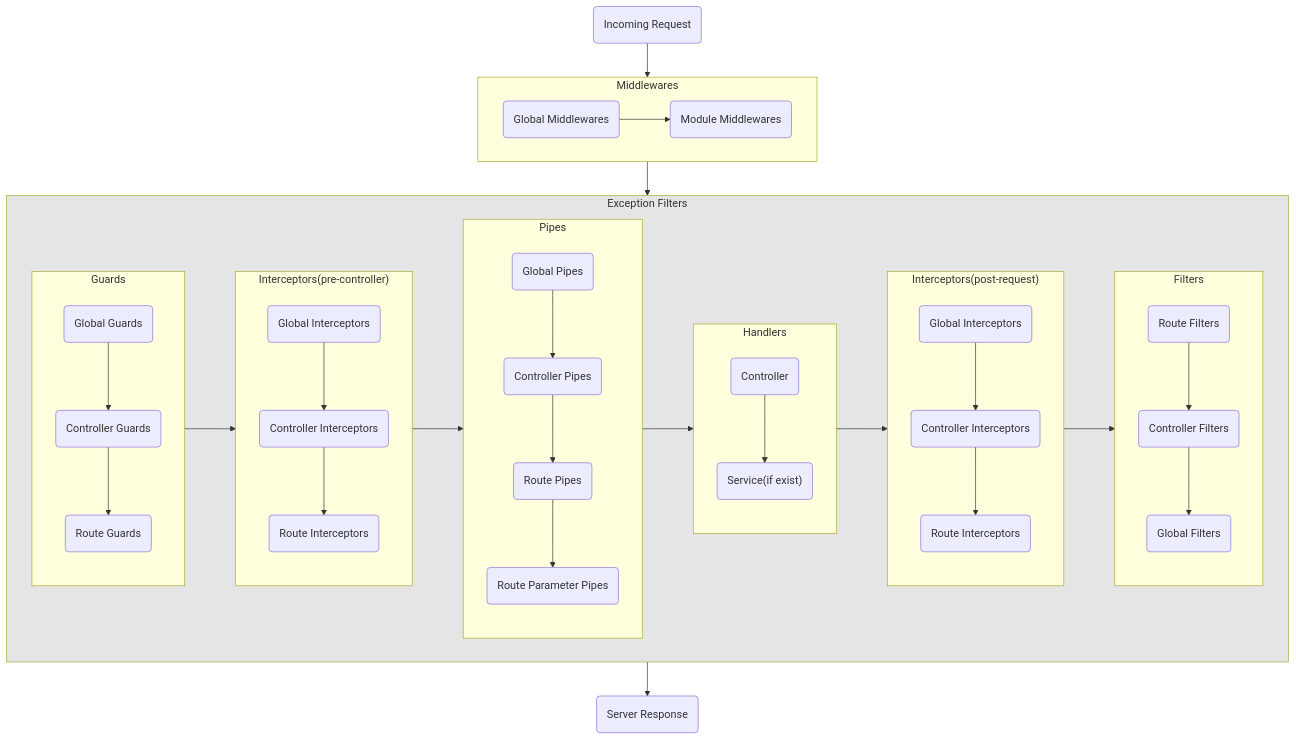
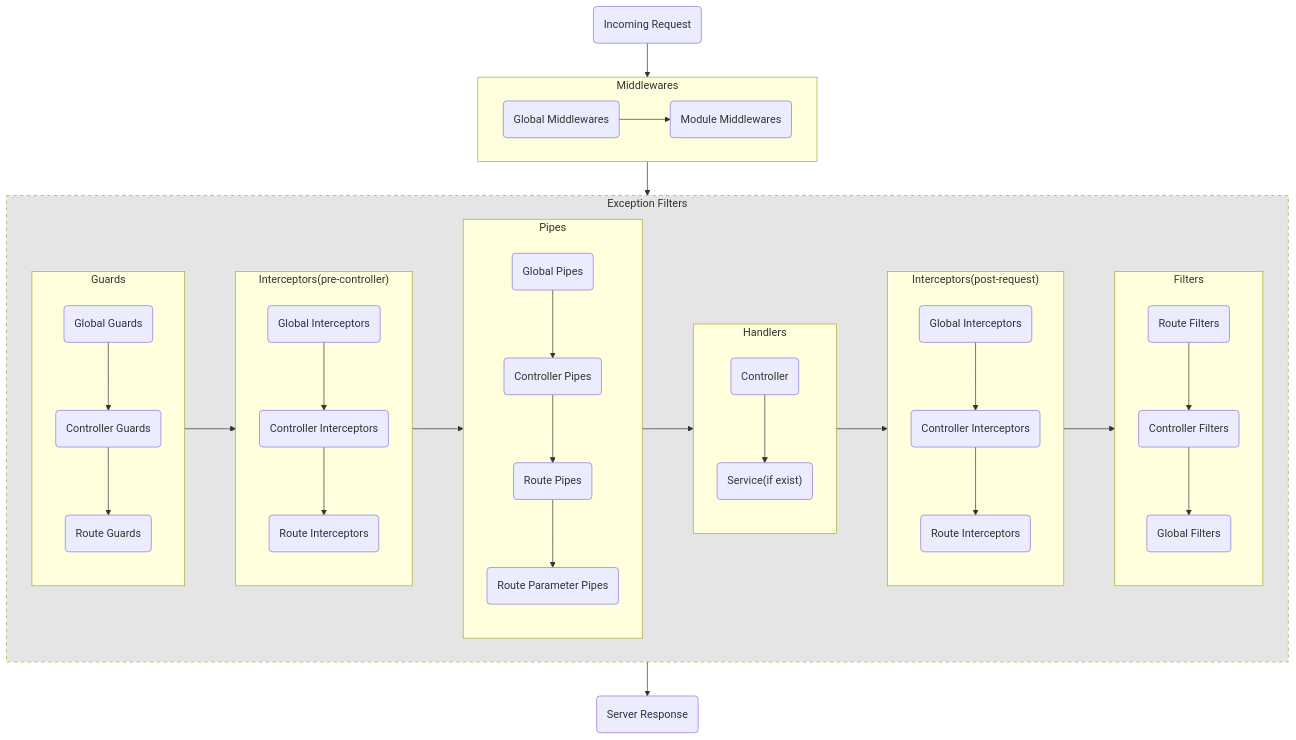
Before and after one commit to choewy/nestjs-logger-bolierplate: the diagram in README.md, drawn with Mermaid.

Commit message:
refactor/mermaid

````diff
--- a/README.md
+++ b/README.md
@@ -9,38 +9,37 @@
 ```mermaid
 graph TD
   subgraph Middlewares
     GlobalMiddlewares(Global Middlewares) --> ModuleMiddlewares(Module Middlewares)
   end
 
   subgraph ExceptionFilters["Exception Filters"]
     subgraph Guards
       GlobalGuards(Global Guards) --> ControllerGuards(Controller Guards) --> RouteGuards(Route Guards)
     end
 
     subgraph PreInterceptors["Interceptors(pre-controller)"]
       GlobalPreInterceptors(Global Interceptors) --> ControllerPreInterceptors(Controller Interceptors) --> RoutePreInterceptors(Route Interceptors)
     end
 
     subgraph Pipes
       GlobalPipes(Global Pipes) --> ControllerPipes(Controller Pipes) --> RoutePipes(Route Pipes) --> RouteParamPipes(Route Parameter Pipes)
     end
 
     subgraph Handlers
       Controller(Controller) --> Service("Service(if exist)")
     end
 
     subgraph PostInterceptors["Interceptors(post-request)"]
       GlobalPostInterceptors(Global Interceptors) --> ControllerPostInterceptors(Controller Interceptors) --> RoutePostInterceptors(Route Interceptors)
     end
 
     subgraph Filters
       RouteFilters(Route Filters) --> ControllerFilters(Controller Filters) --> GlobalFilters(Global Filters)
     end
   end
 
   IncomingRequest(Incoming Request) --> Middlewares --> ExceptionFilters --> Response(Server Response)
   Guards --> PreInterceptors --> Pipes --> Handlers --> PostInterceptors --> Filters
-
-  style ExceptionFilters fill:#0000001a,stroke-dasharray
+  style ExceptionFilters fill:#0000001a,stroke-dasharray: 5 5
 
 ```
````
